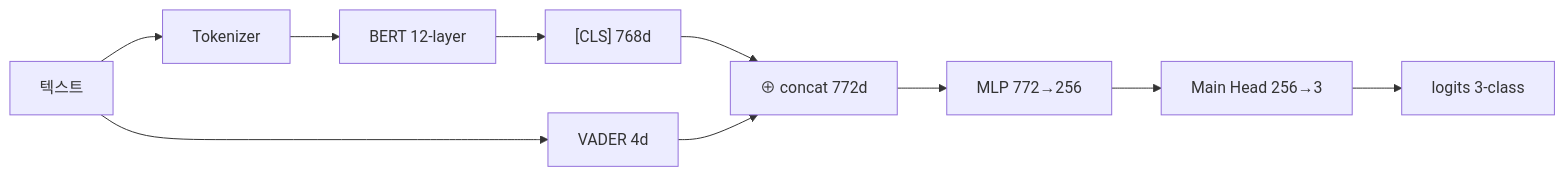
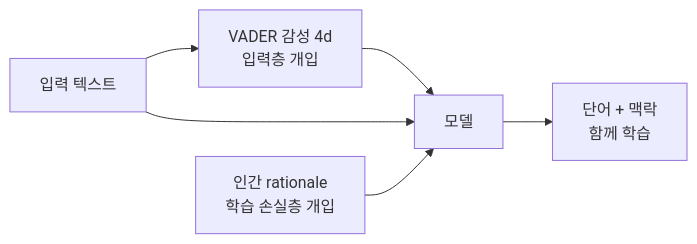
One commit to WinterFlw/Big_data_Programming changed the third of 11 diagrams in v2/docs/24_architecture.md. Above: the diagram before and after it, drawn with Mermaid. The commit also changed other lines of this file, not shown here.

````diff
--- a/v2/docs/24_architecture.md
+++ b/v2/docs/24_architecture.md
@@ -64,5 +45,7 @@
 ```mermaid
 flowchart LR
-    text[텍스트] --> tok[Tokenizer] --> bert[BERT 12-layer] --> cls["[CLS] 768d"] --> cat["⊕ concat 772d"] --> mlp["MLP 772→256"] --> head[Main Head 256→3] --> logits[logits 3-class]
-    text --> vader[VADER 4d] --> cat
+    text[입력 텍스트] --> v[VADER 감성 4d<br/>입력층 개입] --> model[모델]
+    text --> model
+    rationale[인간 rationale<br/>학습 손실층 개입] --> model
+    model --> learn[단어 + 맥락<br/>함께 학습]
 ```
````
